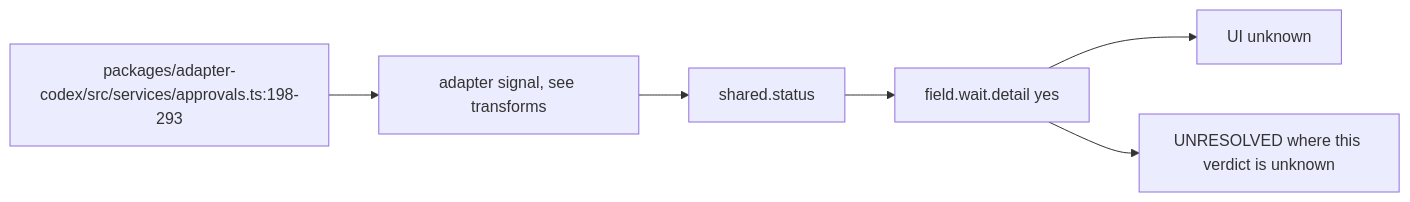
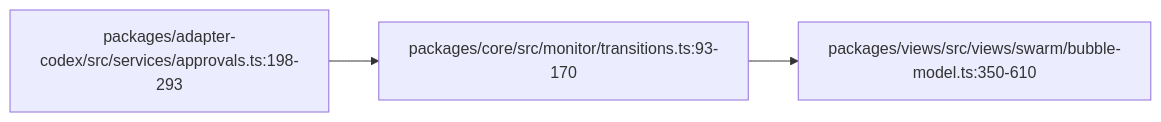
One commit to vibefield/puppeteer changed the diagram in audit/godview/evidence/codex/wait.detail.mmd. Above: the diagram before and after it, drawn with Mermaid. The commit also changed 1255 other files, not shown here.

```diff
--- a/audit/godview/evidence/codex/wait.detail.mmd
+++ b/audit/godview/evidence/codex/wait.detail.mmd
@@ -1,13 +1,9 @@
-%% graph_ref: shared.status
-%% adapter: codex
-%% field: field.wait.detail
-%% forensic: source-read at 748d015; not a live sample
+%% graph_ref: path.status
+%% shared_map: 07e71c9bcb9532fc181e3f667f2d0ed2e7c9afaf
+%% forensic: source-read 748d015a7e393112e0a91dad80111fdf5abe6583; not a live sample
 flowchart LR
-  src["packages/adapter-codex/src/services/approvals.ts:198-293"]
-  raw["adapter signal, see transforms"]
-  shared["shared.status"]
-  row["field.wait.detail yes"]
-  ui["UI unknown"]
-  src --> raw --> shared --> row --> ui
-  open["UNRESOLVED where this verdict is unknown"]
-  row --> open
+  n0["packages/adapter-codex/src/services/approvals.ts:198-293"]
+  n1["packages/core/src/monitor/transitions.ts:93-170"]
+  n0 --> n1
+  n2["packages/views/src/views/swarm/bubble-model.ts:350-610"]
+  n1 --> n2
```
